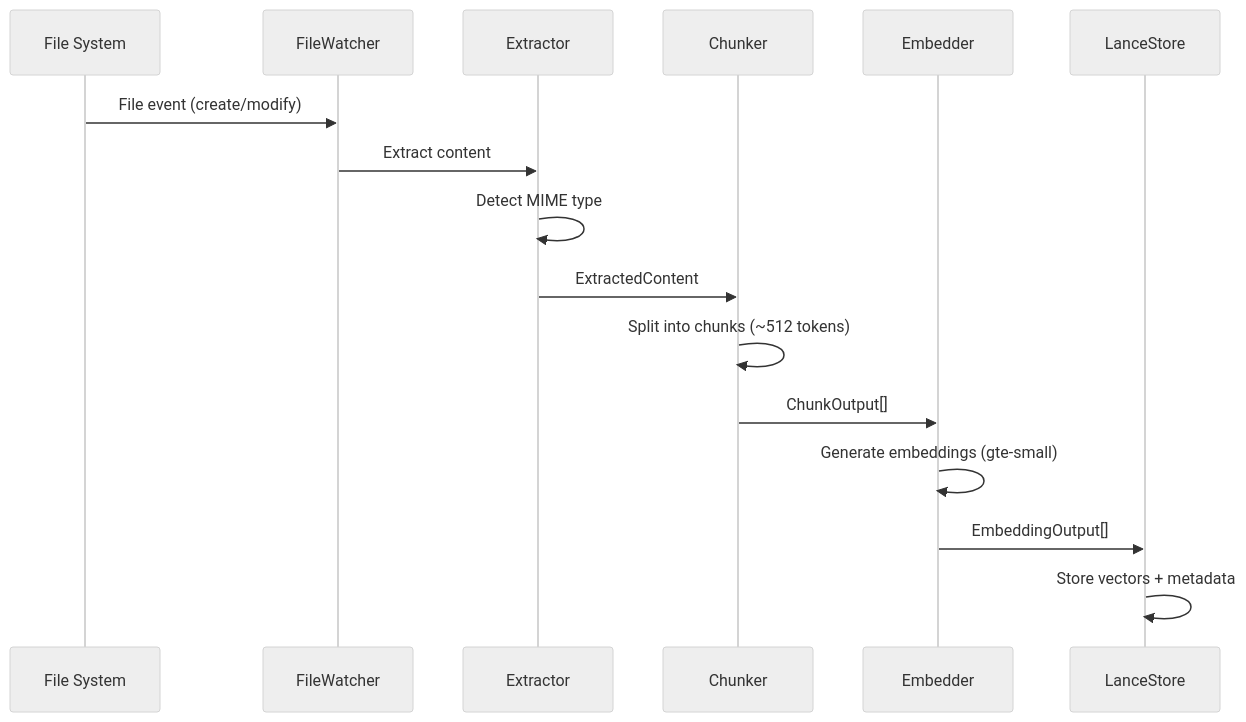
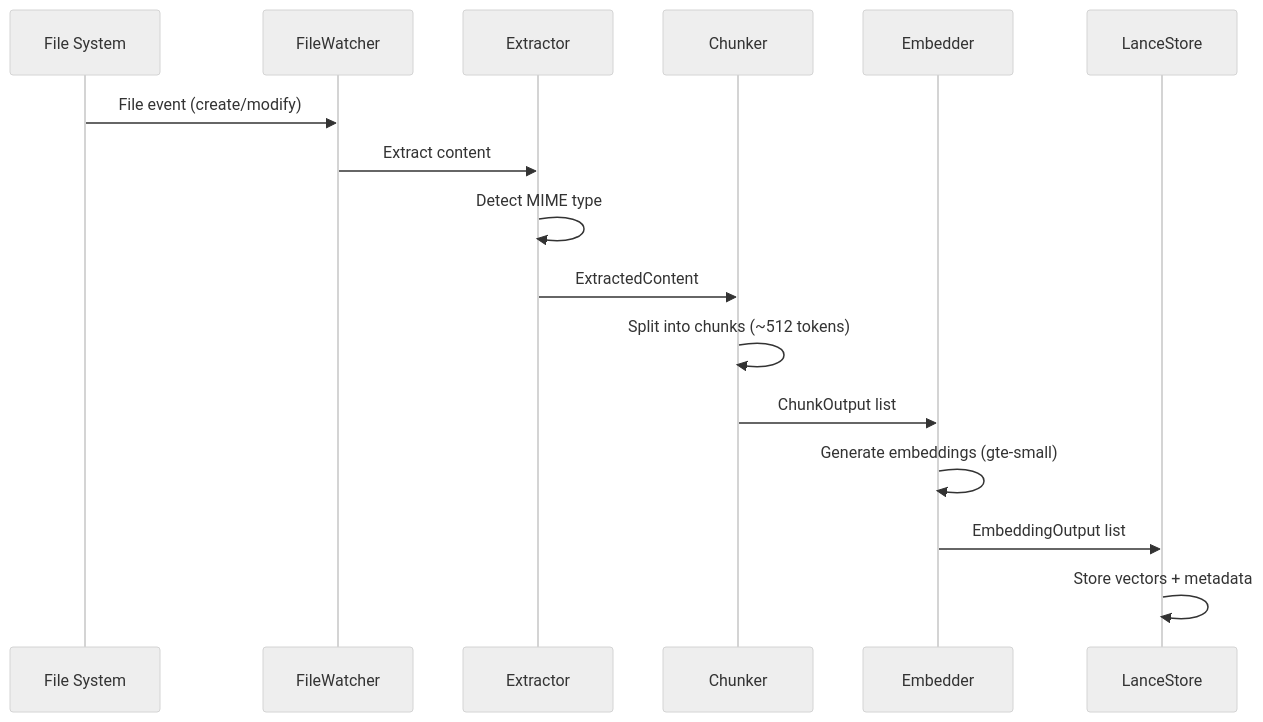
Before and after one commit to Venere-Labs/ragfs: the third of 6 diagrams in docs/ARCHITECTURE.md, drawn with Mermaid (neutral theme). The commit also changed other lines of this file, not shown here.

Commit message:
docs: fix Mermaid parse errors in ARCHITECTURE (#61)
* docs: fix Mermaid parse errors in ARCHITECTURE

GitHub Mermaid treats square brackets in sequence-diagram messages as node
syntax. Rewrite array/type labels so the diagrams render without changing
their meaning.

* ci: retrigger after stuck Test job

---------

````diff
--- a/docs/ARCHITECTURE.md
+++ b/docs/ARCHITECTURE.md
@@ -76,19 +76,19 @@
 ```mermaid
 sequenceDiagram
     participant FS as File System
     participant W as FileWatcher
     participant E as Extractor
     participant C as Chunker
     participant M as Embedder
     participant S as LanceStore
 
     FS->>W: File event (create/modify)
     W->>E: Extract content
     E->>E: Detect MIME type
     E->>C: ExtractedContent
     C->>C: Split into chunks (~512 tokens)
-    C->>M: ChunkOutput[]
+    C->>M: ChunkOutput list
     M->>M: Generate embeddings (gte-small)
-    M->>S: EmbeddingOutput[]
+    M->>S: EmbeddingOutput list
     S->>S: Store vectors + metadata
 ```
````
